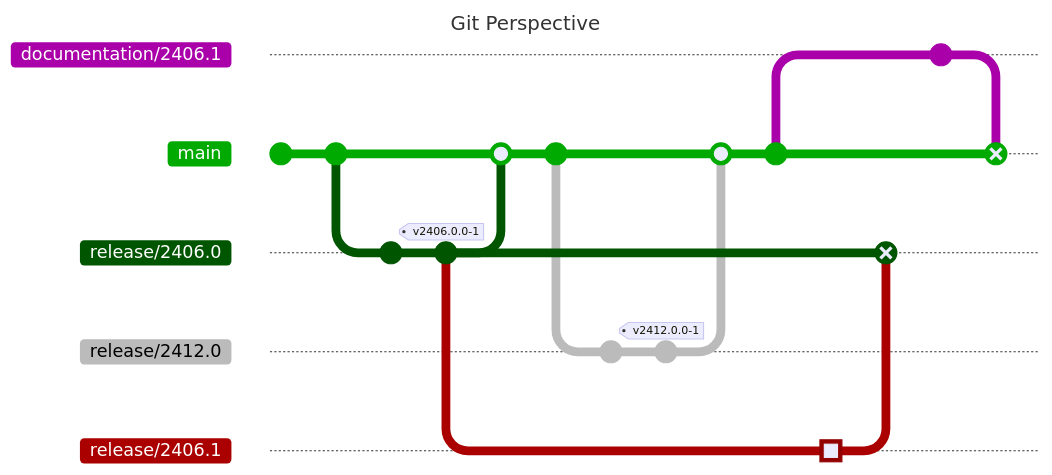
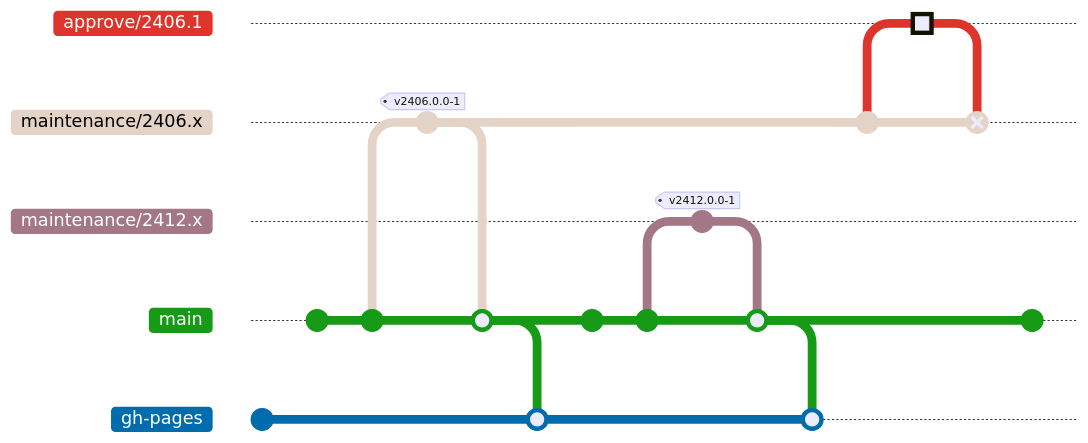
One commit to CoreMedia/coremedia-globallink-connect-integration changed the second of 3 diagrams in website/dev/release/steps/01-create-branch.mdx. Above: the diagram before and after it, drawn with Mermaid. The commit also changed other lines of this file and 4 other files, not shown here. Commit ids are hidden.

````diff
--- a/website/dev/release/steps/01-create-branch.mdx
+++ b/website/dev/release/steps/01-create-branch.mdx
@@ -68,45 +77,48 @@
 ```mermaid
 ---
-title: "Git Perspective"
 config:
   theme: 'default'
   themeVariables:
-      'git0': '#aa00aa'
-      'git1': '#00aa00'
-      'git2': '#005500'
-      'git3': '#bbbbbb'
-      'git4': '#aa0000'
+      'git0': '#dd342b'
+      'git1': '#e4d4c8'
+      'git2': '#a47786'
+      'git3': '#179b17'
+      'git4': '#006cae'
       'gitBranchLabel0': '#ffffff'
-      'gitBranchLabel1': '#ffffff'
+      'gitBranchLabel1': '#000000'
       'gitBranchLabel2': '#ffffff'
-      'gitBranchLabel3': '#000000'
+      'gitBranchLabel3': '#ffffff'
       'gitBranchLabel4': '#ffffff'
   gitGraph:
-    mainBranchOrder: 1
+    mainBranchOrder: 97
 ---
 gitGraph:
-  commit
-  commit
-  branch "release/2406.0" order: 2
-  commit
-  commit tag: "v2406.0.0-1"
+  branch gh-pages order: 98
+  commit id: "orphaned"
   checkout main
-  merge "release/2406.0"
-  commit
-  branch "release/2412.0" order: 3
-  commit
-  commit tag: "v2412.0.0-1"
+  commit id: " "
+  commit id: "maintenance/2406.x"
+  branch "maintenance/2406.x" order: 50
+  commit id: "  " tag: "v2406.0.0-1"
   checkout main
-  merge "release/2412.0"
-  commit
-  checkout "release/2406.0"
-  branch "release/2406.1" order: 4
-  commit type: HIGHLIGHT
-  checkout "release/2406.0"
-  merge "release/2406.1" id: "PR for Review" type: REVERSE
+  merge "maintenance/2406.x"
+  checkout gh-pages
+  merge main
   checkout main
-  branch "documentation/2406.1" order: 0
-  commit
+  commit id: "   "
+  commit id: "maintenance/2412.x"
+  branch "maintenance/2412.x" order: 50
+  commit id: "    " tag: "v2412.0.0-1"
   checkout main
-  merge "documentation/2406.1" id: "PR for Documentation" type: REVERSE
+  merge "maintenance/2412.x"
+  checkout gh-pages
+  merge main
+  checkout "maintenance/2406.x"
+  commit id: "approve/2406.1"
+  branch "approve/2406.1"
+  commit id: "adaptations 2406.1" type: HIGHLIGHT
+  checkout "maintenance/2406.x"
+  merge "approve/2406.1" type: REVERSE
+  checkout main
+  commit id: "..."
 ```
````
